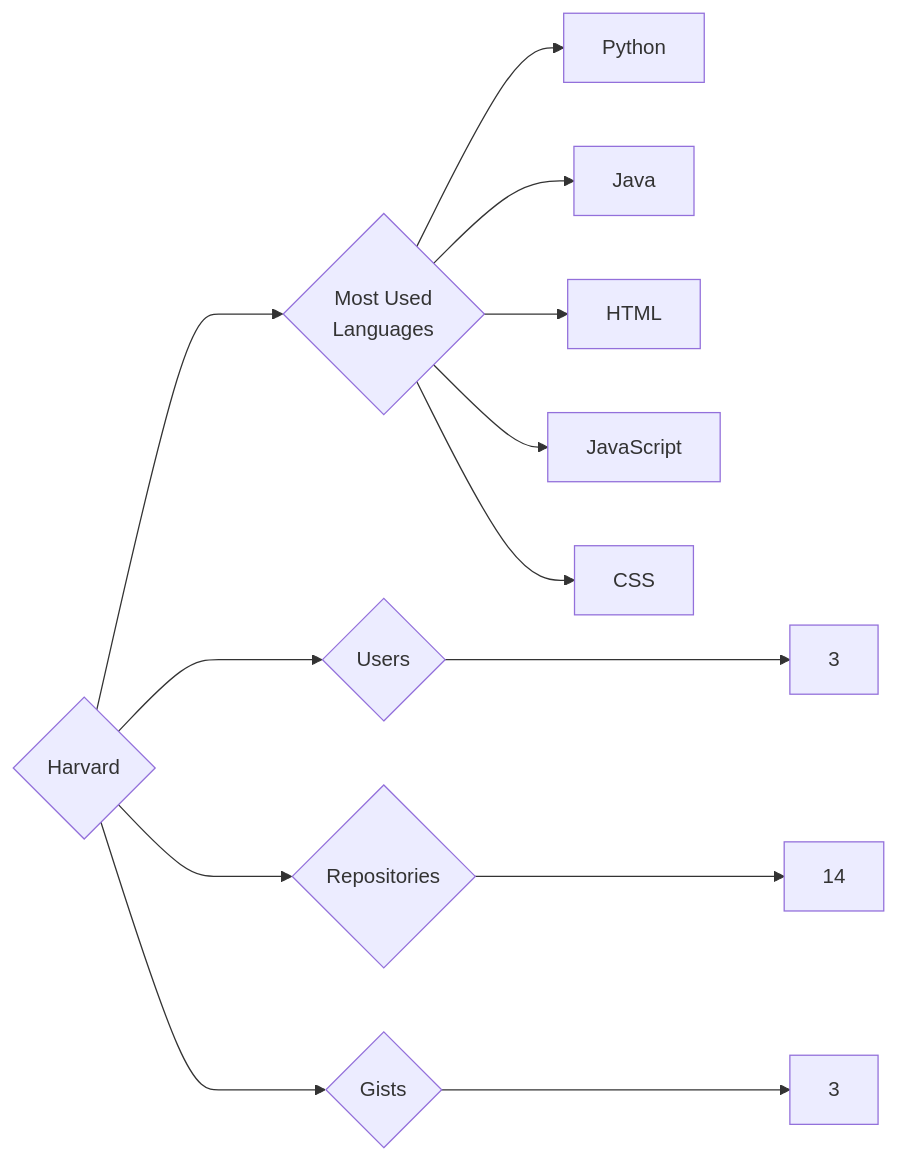
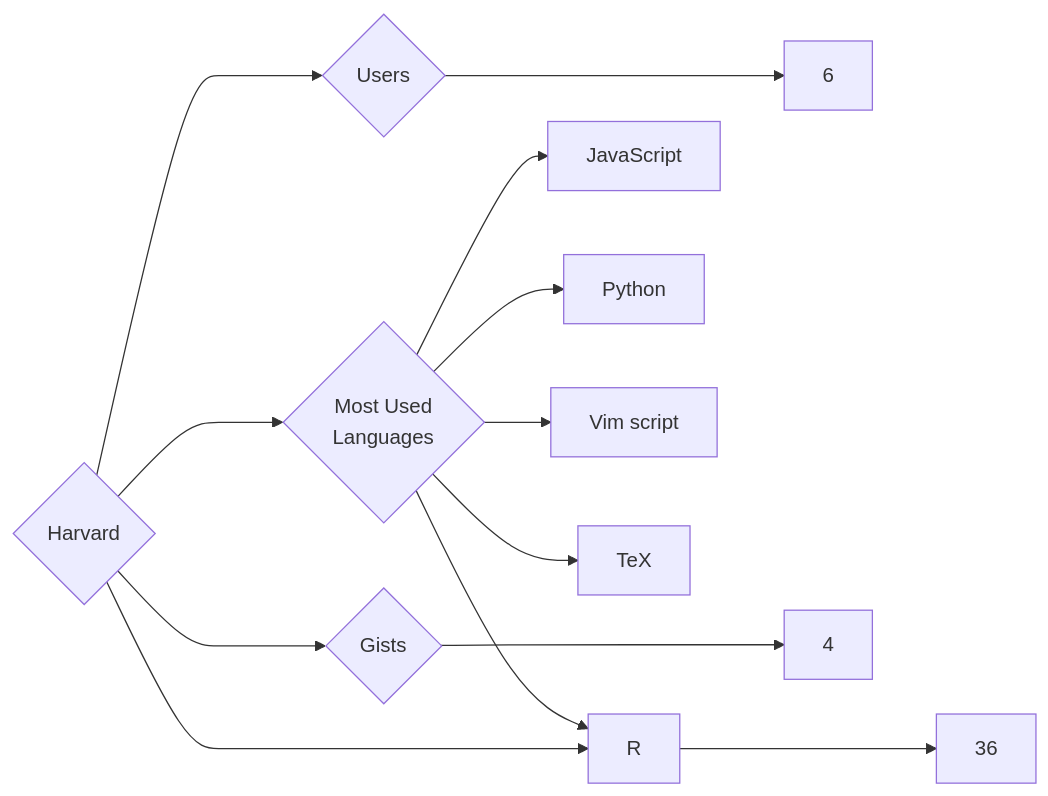
One commit to trickest/insiders changed the diagram in targets/Harvard/README.md. Above: the diagram before and after it, drawn with Mermaid. The commit also changed 681 other files, not shown here.

````diff
--- a/targets/Harvard/README.md
+++ b/targets/Harvard/README.md
@@ -3,13 +3,13 @@
 ```mermaid
 graph LR
 COMPANY_NAME{Harvard}
-COMPANY_NAME ---> U{Users} ---> UN[3]
-COMPANY_NAME ---> R{Repositories} ---> RN[14]
-COMPANY_NAME ---> G{Gists} ---> GN[3]
+COMPANY_NAME ---> U{Users} ---> UN[6]
+COMPANY_NAME ---> R{Repositories} ---> RN[36]
+COMPANY_NAME ---> G{Gists} ---> GN[4]
 COMPANY_NAME ---> ML{Most Used<br>Languages}
+ML --> JavaScript[JavaScript]
 ML --> Python[Python]
-ML --> Java[Java]
-ML --> HTML[HTML]
-ML --> JavaScript[JavaScript]
-ML --> CSS[CSS]
+ML --> R[R]
+ML --> Vim_script[Vim script]
+ML --> TeX[TeX]
 ```
````
